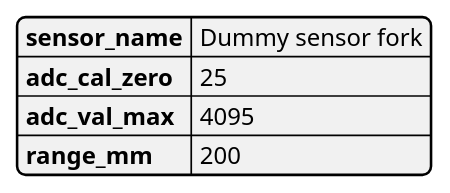
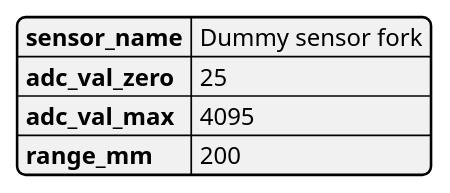
Before and after one commit to n0ll4k/bahama-mama-telemetry: the first of 2 diagrams in docs/formats/sensor_calib_format.puml, drawn with PlantUML. The commit also changed 2 other files, not shown here.

Commit message:
Added adc to mm calculation. Fixed typo in calibration format.

```diff
--- a/docs/formats/sensor_calib_format.puml
+++ b/docs/formats/sensor_calib_format.puml
@@ -1,8 +1,8 @@
 @startjson Sensor Calibration JSON file
 {
     "sensor_name": "Dummy sensor fork",
-    "adc_cal_zero": 25,
+    "adc_val_zero": 25,
     "adc_val_max": 4095,
     "range_mm": 200
 }
 @endjson
```
